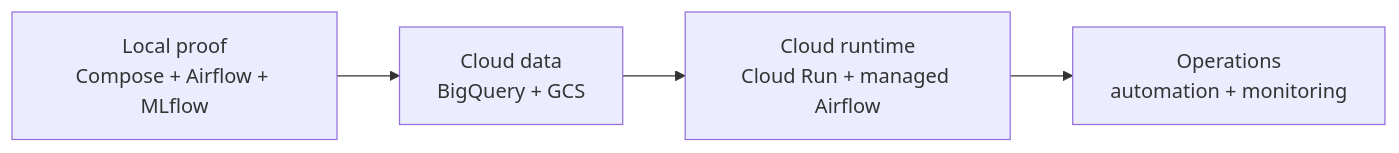
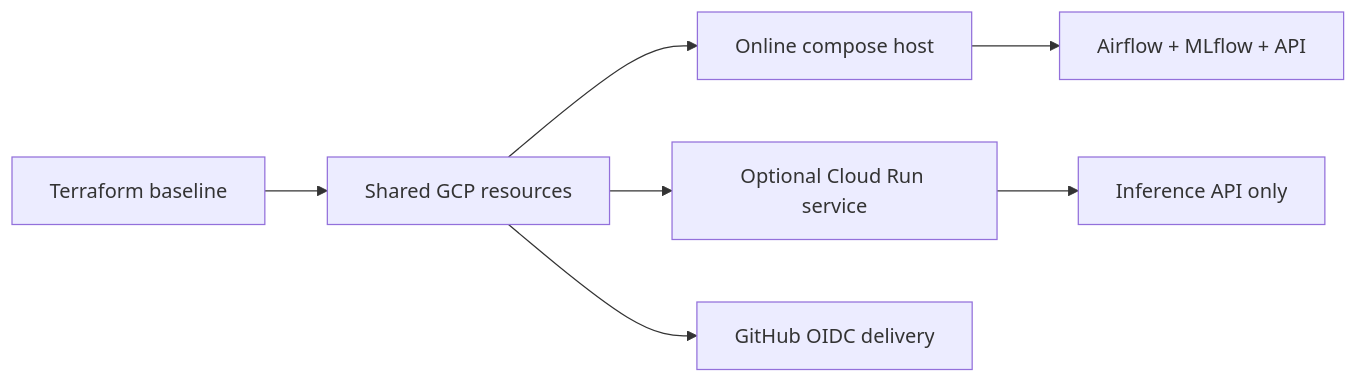
One commit to javihslu/foehncast changed the first of 2 diagrams in docs/site/system/cloud-mapping.md. Above: the diagram before and after it, drawn with Mermaid. The commit also changed other lines of this file and 18 other files, not shown here.

````diff
--- a/docs/site/system/cloud-mapping.md
+++ b/docs/site/system/cloud-mapping.md
@@ -14,6 +42,9 @@
-```mermaid
+<div class="mermaid">
 flowchart LR
-	LOCAL[Local proof<br/>Compose + Airflow + MLflow] --> DATA[Cloud data<br/>BigQuery + GCS]
-	DATA --> RUN[Cloud runtime<br/>Cloud Run + managed Airflow]
-	RUN --> OPS[Operations<br/>automation + monitoring]
-```
+    TF[Terraform baseline] --> GCP[Shared GCP resources]
+    GCP --> HOST[Online compose host]
+    GCP --> RUN[Optional Cloud Run service]
+    GCP --> GH[GitHub OIDC delivery]
+    HOST --> STACK[Airflow + MLflow + API]
+    RUN --> API[Inference API only]
+</div>
````
